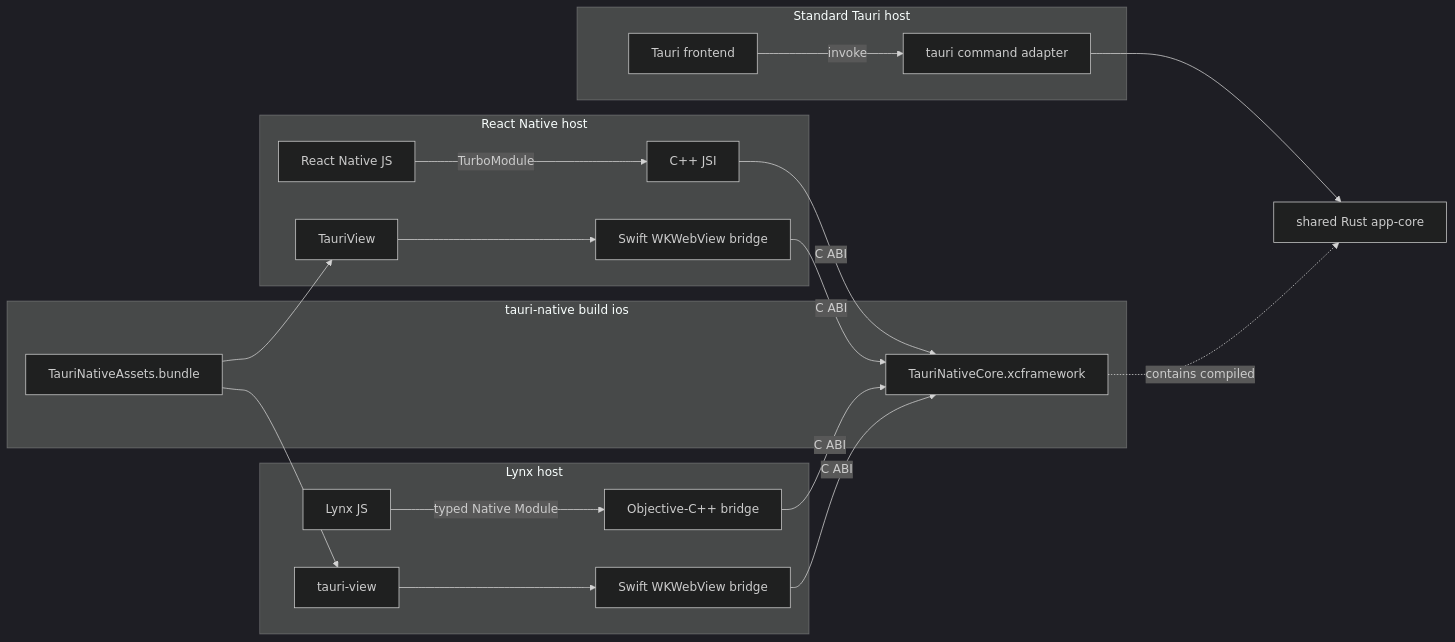
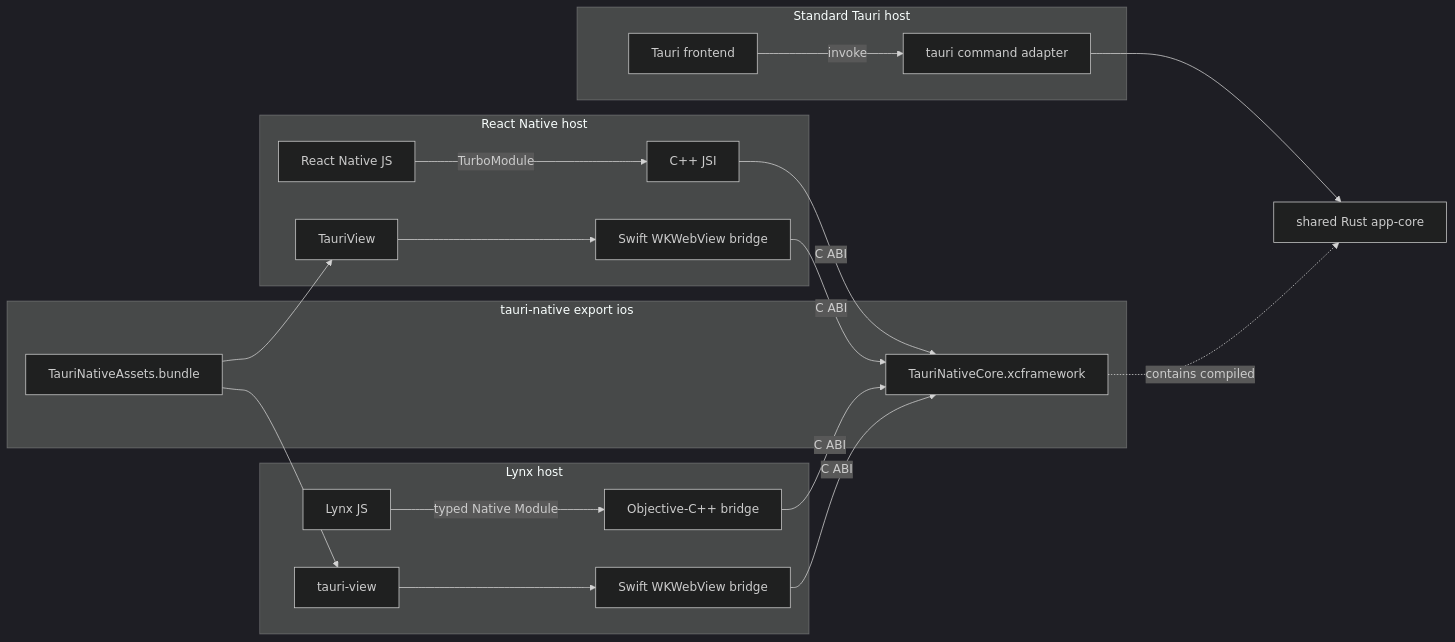
Before and after one commit to gronxb/tauri-native: the diagram in README.md, drawn with Mermaid (dark theme). The commit also changed other lines of this file and 22 other files, not shown here.

Commit message:
refactor: export native artifacts from Tauri

````diff
--- a/README.md
+++ b/README.md
@@ -85,30 +88,30 @@
 ```mermaid
 flowchart LR
   subgraph RN[React Native host]
     RNJS[React Native JS] -->|TurboModule| JSI[C++ JSI]
     RNVIEW[TauriView] --> RNWEBVIEW[Swift WKWebView bridge]
   end
 
   subgraph LYNX[Lynx host]
     LYNXJS[Lynx JS] -->|typed Native Module| LYNXBRIDGE[Objective-C++ bridge]
     LYNXVIEW[tauri-view] --> LYNXWEBVIEW[Swift WKWebView bridge]
   end
 
-  subgraph OUTPUT[tauri-native build ios]
+  subgraph OUTPUT[tauri-native export ios]
     ASSETS[TauriNativeAssets.bundle]
     XC[TauriNativeCore.xcframework]
   end
 
   subgraph DESKTOP[Standard Tauri host]
     WEB[Tauri frontend] -->|invoke| COMMAND[tauri command adapter]
   end
 
   ASSETS --> RNVIEW
   ASSETS --> LYNXVIEW
   JSI -->|C ABI| XC
   RNWEBVIEW -->|C ABI| XC
   LYNXBRIDGE -->|C ABI| XC
   LYNXWEBVIEW -->|C ABI| XC
   COMMAND --> CORE[shared Rust app-core]
   XC -. contains compiled .-> CORE
 ```
````
